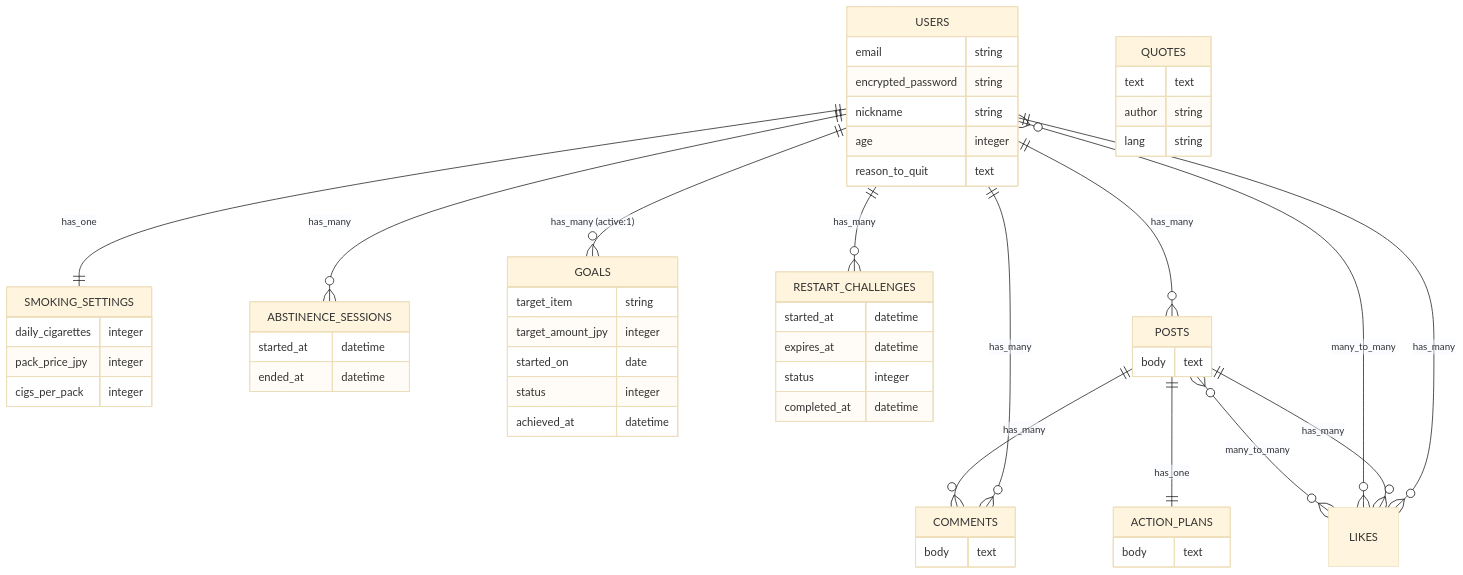
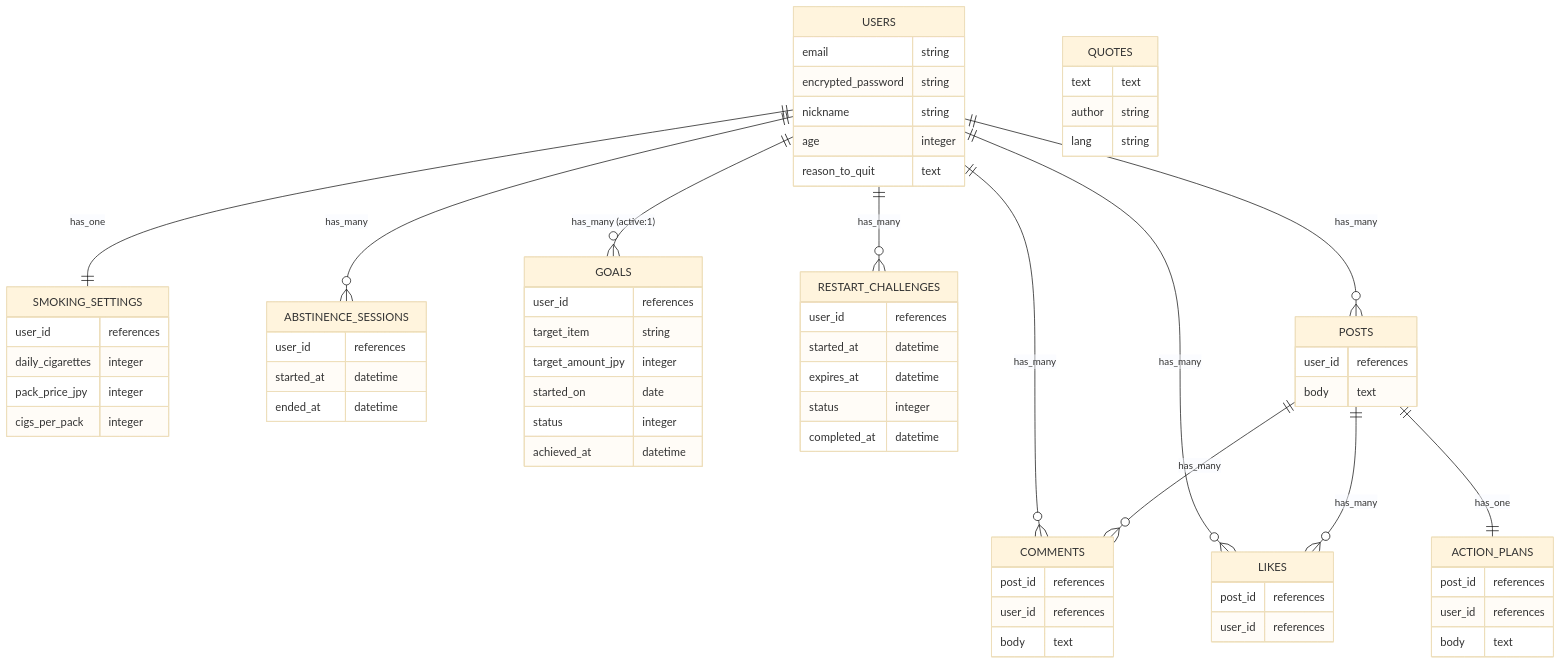
Before and after one commit to ryuta-takayama/smoke-free: the diagram in README.md, drawn with Mermaid (base theme).

Commit message:
update README (ER図)

````diff
--- a/README.md
+++ b/README.md
@@ -158,73 +158,82 @@
 ```mermaid
 erDiagram
 
   USERS ||--|| SMOKING_SETTINGS : "has_one"
   USERS ||--o{ ABSTINENCE_SESSIONS : "has_many"
   USERS ||--o{ GOALS : "has_many (active:1)"
   USERS ||--o{ RESTART_CHALLENGES : "has_many"
   USERS ||--o{ POSTS : "has_many"
   USERS ||--o{ COMMENTS : "has_many"
   USERS ||--o{ LIKES : "has_many"
 
   POSTS ||--o{ COMMENTS : "has_many"
   POSTS ||--o{ LIKES : "has_many"
   POSTS ||--|| ACTION_PLANS : "has_one"
 
-  LIKES }o--o{ USERS : "many_to_many"
-  LIKES }o--o{ POSTS : "many_to_many"
-
-  QUOTES {
-    text text
-    author string
-    lang string
-  }
-
   USERS {
     email string
     encrypted_password string
     nickname string
     age integer
     reason_to_quit text
   }
 
   SMOKING_SETTINGS {
+    user_id references
     daily_cigarettes integer
     pack_price_jpy integer
     cigs_per_pack integer
   }
 
   ABSTINENCE_SESSIONS {
+    user_id references
     started_at datetime
     ended_at datetime
   }
 
   GOALS {
+    user_id references
     target_item string
     target_amount_jpy integer
     started_on date
     status integer
     achieved_at datetime
   }
 
   RESTART_CHALLENGES {
+    user_id references
     started_at datetime
     expires_at datetime
     status integer
     completed_at datetime
   }
 
   POSTS {
+    user_id references
     body text
   }
 
   ACTION_PLANS {
+    post_id references
+    user_id references
     body text
   }
 
   COMMENTS {
+    post_id references
+    user_id references
     body text
   }
 
   LIKES {
+    post_id references
+    user_id references
   }
+
+  QUOTES {
+    text text
+    author string
+    lang string
+  }
+
 ```
````
